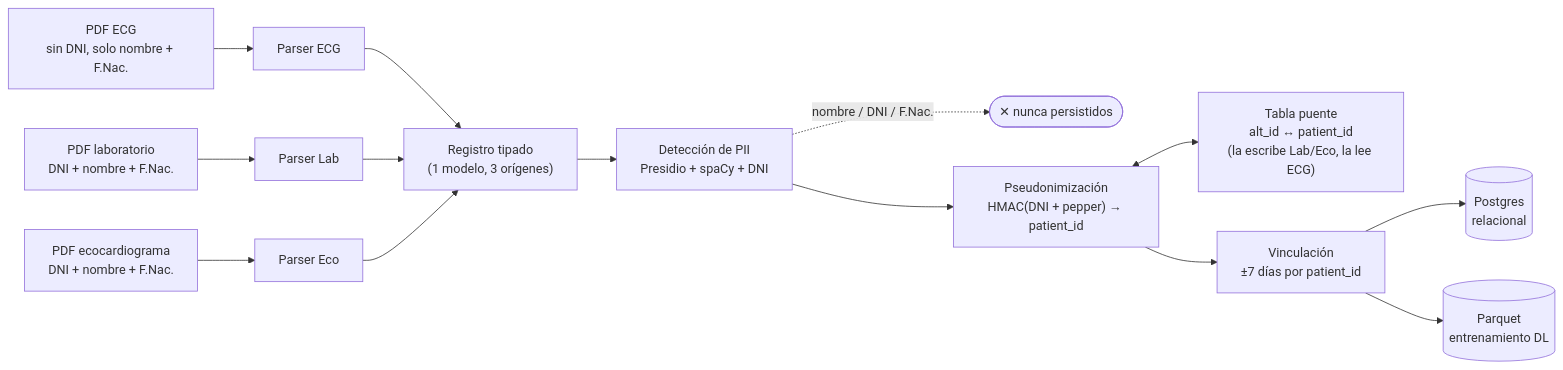
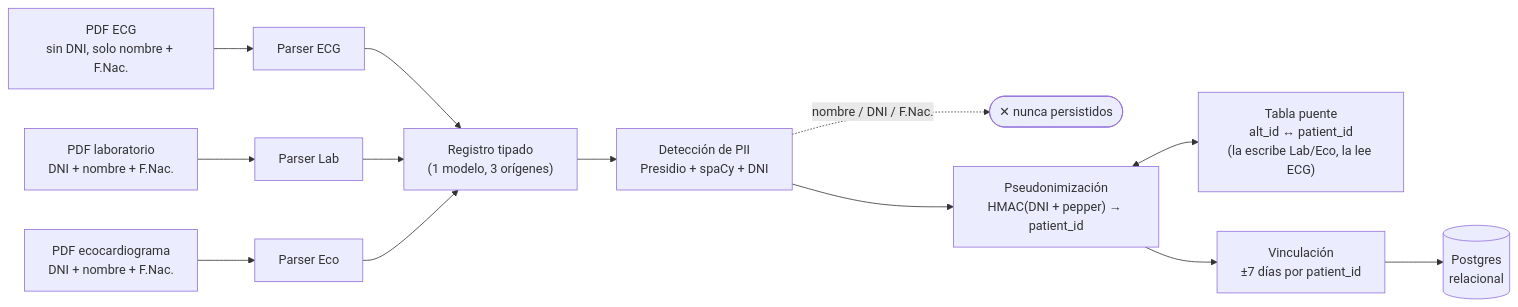
Before and after one commit to luchoaquinopla/Anonimizacion: the diagram in docs/pipeline.md, drawn with Mermaid. The commit also changed other lines of this file and 7 other files, not shown here.

````diff
--- a/docs/pipeline.md
+++ b/docs/pipeline.md
@@ -11,21 +11,20 @@
 ```mermaid
 flowchart LR
     E["PDF ECG<br/>sin DNI, solo nombre + F.Nac."] --> EP["Parser ECG"]
     L["PDF laboratorio<br/>DNI + nombre + F.Nac."] --> LP["Parser Lab"]
     C["PDF ecocardiograma<br/>DNI + nombre + F.Nac."] --> CP["Parser Eco"]
 
     EP --> R["Registro tipado<br/>(1 modelo, 3 orígenes)"]
     LP --> R
     CP --> R
 
     R --> PII["Detección de PII<br/>Presidio + spaCy + DNI"]
     PII -. "nombre / DNI / F.Nac." .-> DISCARD(["✕ nunca persistidos"])
 
     PII --> PSEUDO["Pseudonimización<br/>HMAC(DNI + pepper) → patient_id"]
     PSEUDO <--> BRIDGE["Tabla puente<br/>alt_id ↔ patient_id<br/>(la escribe Lab/Eco, la lee ECG)"]
 
     PSEUDO --> LINK["Vinculación<br/>±7 días por patient_id"]
 
     LINK --> PG[("Postgres<br/>relacional")]
-    LINK --> PARQUET[("Parquet<br/>entrenamiento DL")]
 ```
````
